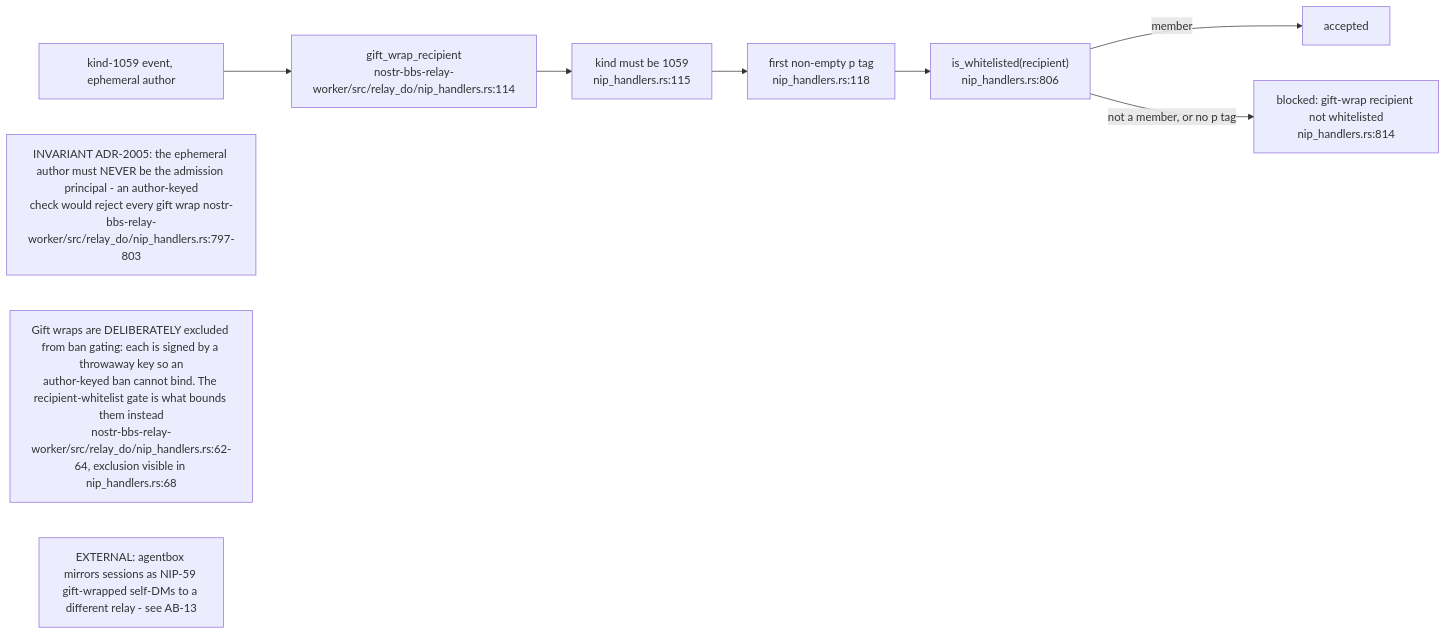
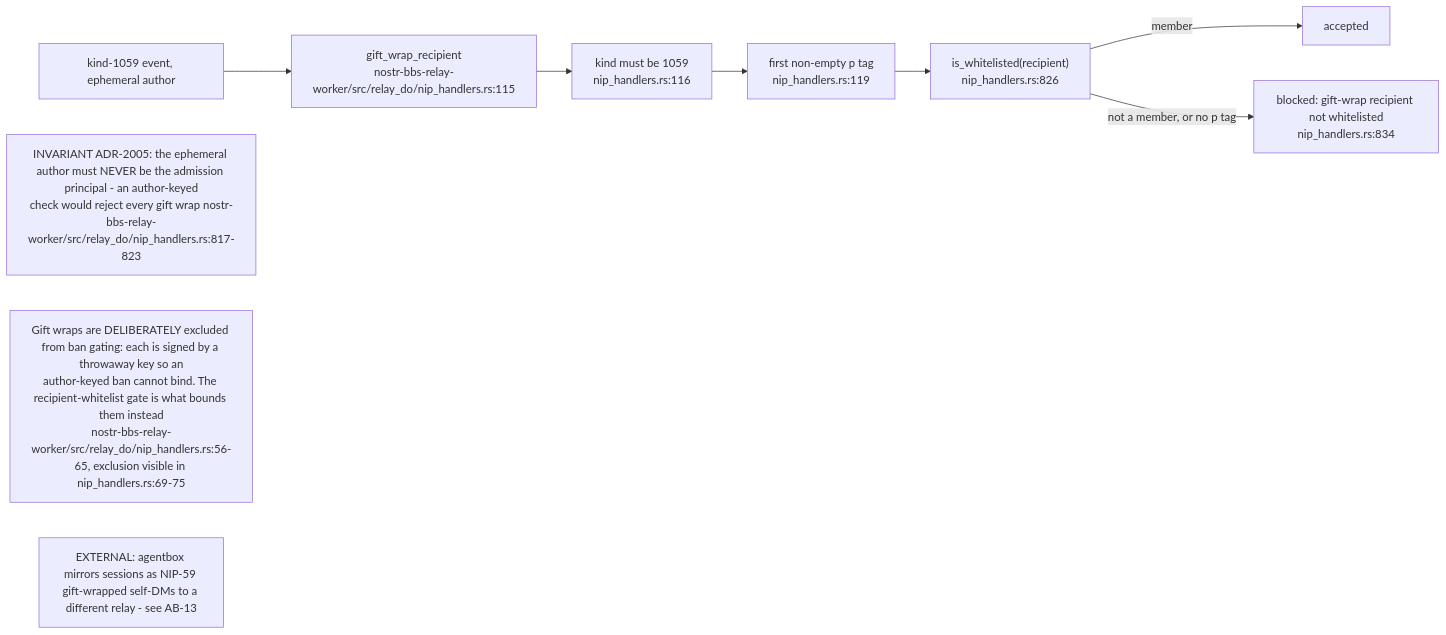
Before and after one commit to DreamLab-AI/VisionFlow: the fifth of 14 diagrams in docs/diagrams/nostr-rust-forum/03-relay-worker-admission-auth-and-trust.md, drawn with Mermaid. The commit also changed other lines of this file and 136 other files, not shown here.

First line of the commit message:
docs(diagrams): refresh the whole corpus to code HEAD and prune low-value diagrams

````diff
--- a/docs/diagrams/nostr-rust-forum/03-relay-worker-admission-auth-and-trust.md
+++ b/docs/diagrams/nostr-rust-forum/03-relay-worker-admission-auth-and-trust.md
@@ -149,18 +148,18 @@
 ```mermaid
 flowchart LR
     EV["kind-1059 event, ephemeral author"]
-    EX["gift_wrap_recipient<br/>nostr-bbs-relay-worker/src/relay_do/nip_handlers.rs:114"]
-    K["kind must be 1059<br/>nip_handlers.rs:115"]
-    T["first non-empty p tag<br/>nip_handlers.rs:118"]
-    WL["is_whitelisted(recipient)<br/>nip_handlers.rs:806"]
+    EX["gift_wrap_recipient<br/>nostr-bbs-relay-worker/src/relay_do/nip_handlers.rs:115"]
+    K["kind must be 1059<br/>nip_handlers.rs:116"]
+    T["first non-empty p tag<br/>nip_handlers.rs:119"]
+    WL["is_whitelisted(recipient)<br/>nip_handlers.rs:826"]
     OK["accepted"]
-    NO["blocked: gift-wrap recipient not whitelisted<br/>nip_handlers.rs:814"]
+    NO["blocked: gift-wrap recipient not whitelisted<br/>nip_handlers.rs:834"]
 
     EV --> EX --> K --> T --> WL
     WL -->|"member"| OK
     WL -->|"not a member, or no p tag"| NO
 
-    N1["INVARIANT ADR-2005: the ephemeral author must NEVER be the admission principal - an author-keyed<br/>check would reject every gift wrap nostr-bbs-relay-worker/src/relay_do/nip_handlers.rs:797-803"]
-    N2["Gift wraps are DELIBERATELY excluded from ban gating: each is signed by a throwaway key so an<br/>author-keyed ban cannot bind. The recipient-whitelist gate is what bounds them instead<br/>nostr-bbs-relay-worker/src/relay_do/nip_handlers.rs:62-64, exclusion visible in nip_handlers.rs:68"]
+    N1["INVARIANT ADR-2005: the ephemeral author must NEVER be the admission principal - an author-keyed<br/>check would reject every gift wrap nostr-bbs-relay-worker/src/relay_do/nip_handlers.rs:817-823"]
+    N2["Gift wraps are DELIBERATELY excluded from ban gating: each is signed by a throwaway key so an<br/>author-keyed ban cannot bind. The recipient-whitelist gate is what bounds them instead<br/>nostr-bbs-relay-worker/src/relay_do/nip_handlers.rs:56-65, exclusion visible in nip_handlers.rs:69-75"]
     N3["EXTERNAL: agentbox mirrors sessions as NIP-59 gift-wrapped self-DMs to a different relay - see AB-13"]
 ```
````
